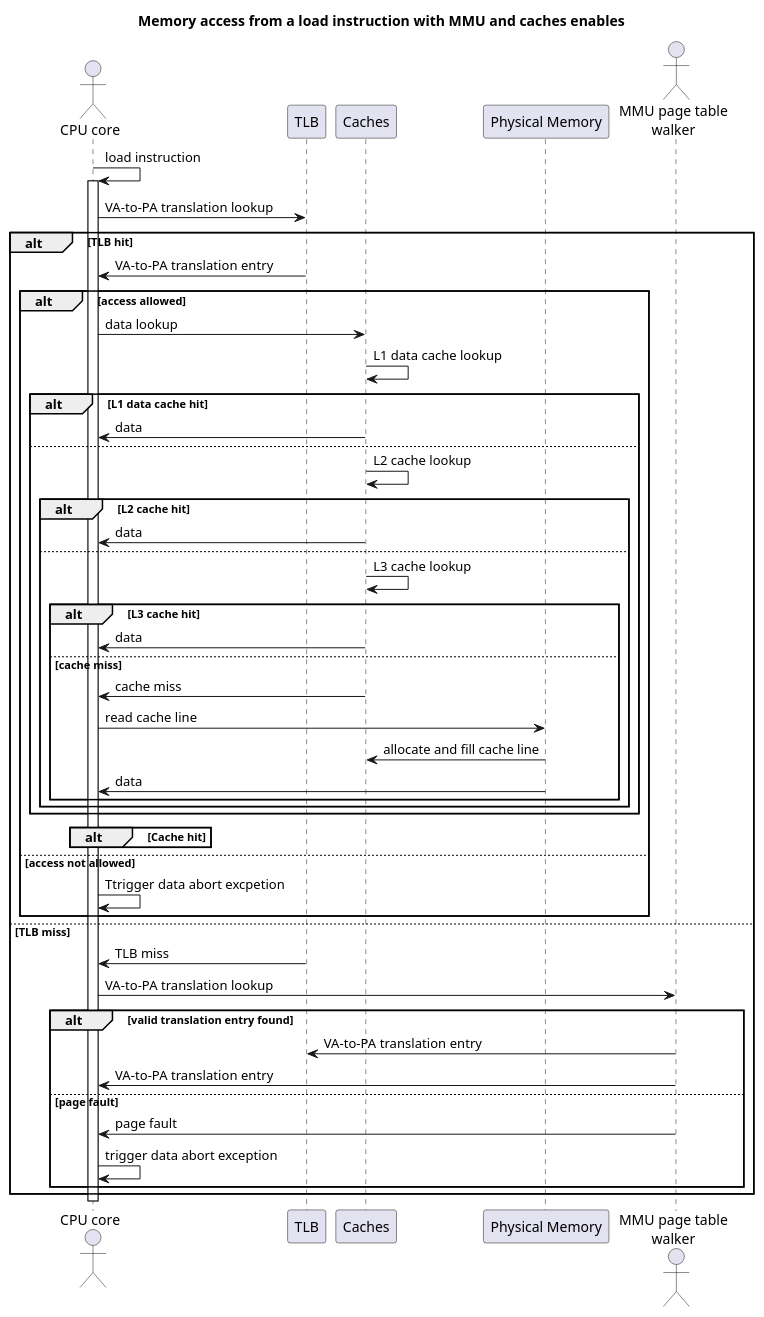
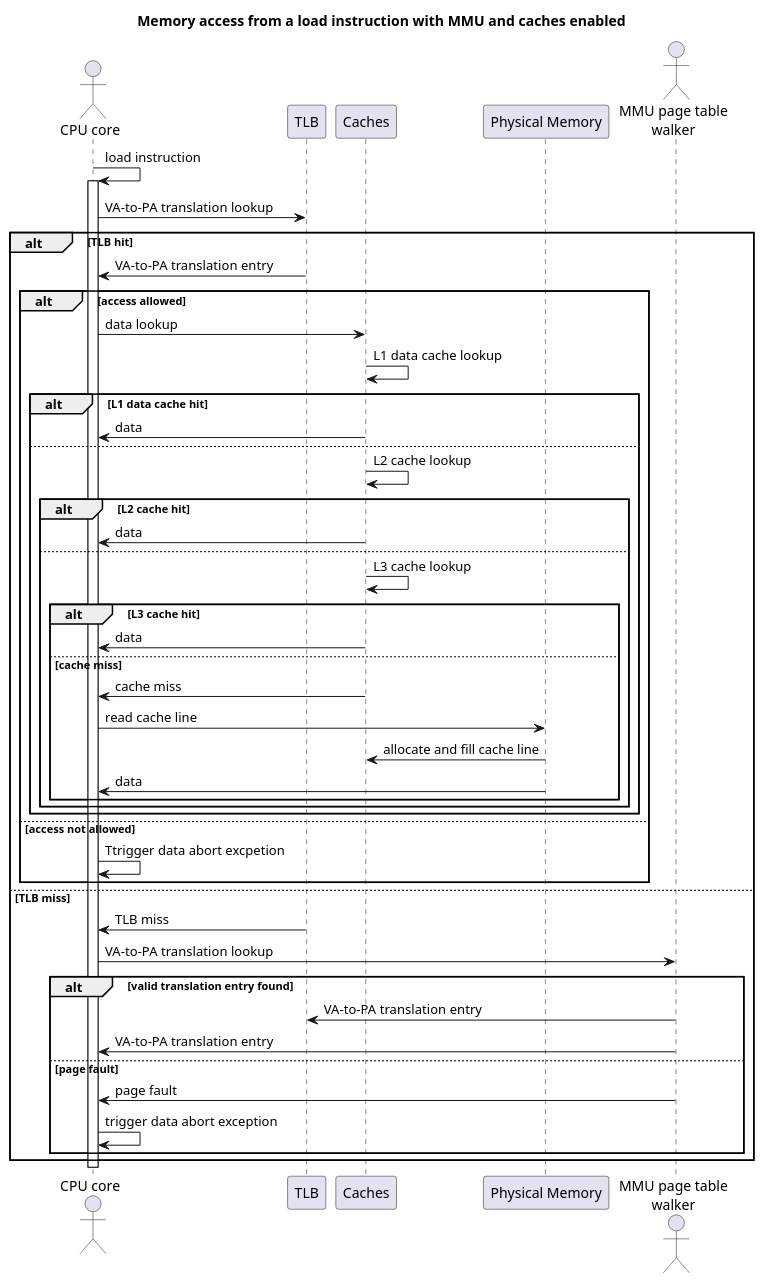
Before and after one commit to jgrivera67/aarch64_bare_metal_ada: the ninth of 11 diagrams in docs/uml_diagrams.puml, drawn with PlantUML. The commit also changed 5 other files, not shown here.

```diff
--- a/docs/uml_diagrams.puml
+++ b/docs/uml_diagrams.puml
@@ -473,48 +473,46 @@
-@startuml load~instruction-memory-access-with-mmu-and-caches
-title Memory access from a load instruction with MMU and caches enables
+@startuml load-instruction-memory-access-with-mmu-and-caches
+title Memory access from a load instruction with MMU and caches enabled
 actor "CPU core"
 "CPU core" -> "CPU core" : load instruction
 activate "CPU core"
 "CPU core" -> "TLB" : VA-to-PA translation lookup
    alt TLB hit
       "TLB" -> "CPU core" : VA-to-PA translation entry
       alt access allowed
          "CPU core" -> "Caches" : data lookup
          "Caches" -> "Caches" : L1 data cache lookup
             alt L1 data cache hit
                "Caches" -> "CPU core" : data
             else
                "Caches" -> "Caches" : L2 cache lookup
                alt L2 cache hit
                   "Caches" -> "CPU core" : data
                else
                   "Caches" -> "Caches" : L3 cache lookup
                   alt L3 cache hit
                      "Caches" -> "CPU core" : data
                   else cache miss
                      "Caches" -> "CPU core" : cache miss
                      "CPU core" -> "Physical Memory" : read cache line
                      "Physical Memory" -> "Caches" : allocate and fill cache line
                      "Physical Memory" -> "CPU core" : data
                   end alt
                end alt
             end alt
-         alt Cache hit
-         end alt
       else access not allowed
          "CPU core" -> "CPU core" : Ttrigger data abort excpetion
       end alt
    else TLB miss
       "TLB" -> "CPU core" : TLB miss
       actor "MMU page table\nwalker"
       "CPU core" -> "MMU page table\nwalker" : VA-to-PA translation lookup
          alt valid translation entry found
             "MMU page table\nwalker" -> TLB : VA-to-PA translation entry
             "MMU page table\nwalker" -> "CPU core" : VA-to-PA translation entry
          else page fault
             "MMU page table\nwalker" -> "CPU core" : page fault
             "CPU core" -> "CPU core" : trigger data abort exception
          end alt
    end alt
 deactivate "CPU core"
 @enduml
```
